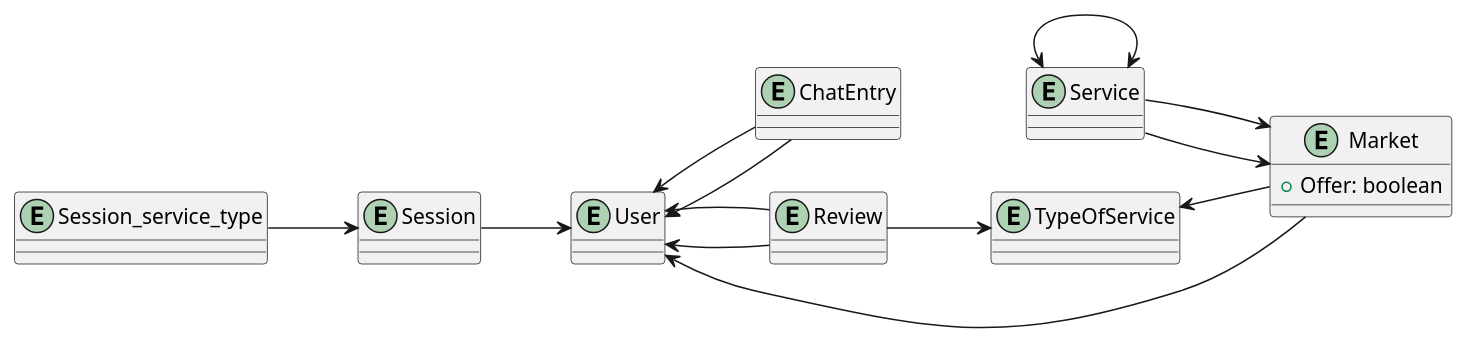
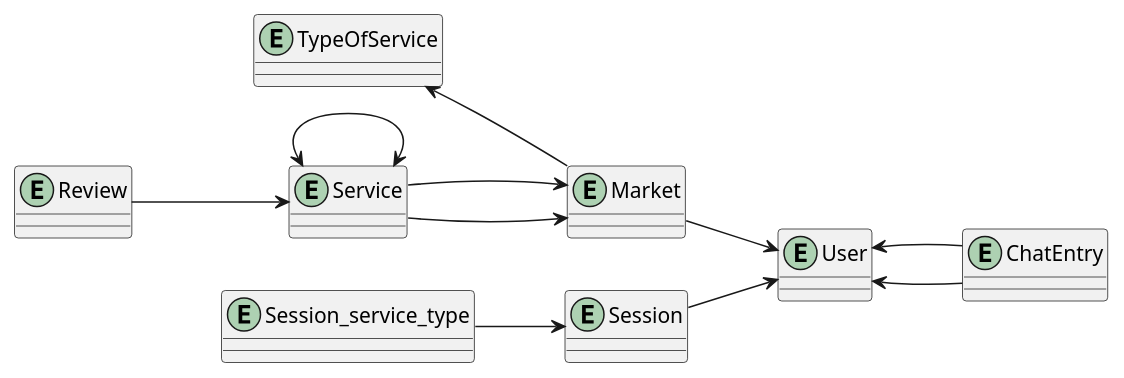
One commit to 2425-4chif-syp/01-projekte-d4d changed the second of 3 diagrams in documenation/Project_Description.adoc. Above: the diagram before and after it, drawn with PlantUML. The commit also changed other lines of this file, not shown here.

Commit message:
docs: correcting rebase erd

```diff
--- a/documenation/Project_Description.adoc
+++ b/documenation/Project_Description.adoc
@@ -73,50 +73,49 @@
 ["plantuml"]
 ----
 @startuml
 left to right direction
 
 entity "User" as User {
 
 }
 
 entity "TypeOfService" as TypeOfService {
 
 }
 
 entity "Service" as Service {
 
 }
 
 entity "Market" as Market {
-+Offer: boolean
+
 }
 
 entity "ChatEntry" as ChatEntry {
 
 }
 
 entity "Review" as Review {
 
 }
+
 entity "Session_service_type" as Session_service_type {
 
 }
 
 entity "Session" as Session {
 
 }
 
 User <-- ChatEntry
-User <-- Review
-User <-- Review
-Review --> TypeOfService
+Review --> Service
 ChatEntry --> User
 TypeOfService <-- Market
 Service --> Market
 Service --> Market
 Service <--> Service
 Market --> User
 Session_service_type --> Session
 Session --> User
 @enduml
 ----
```
